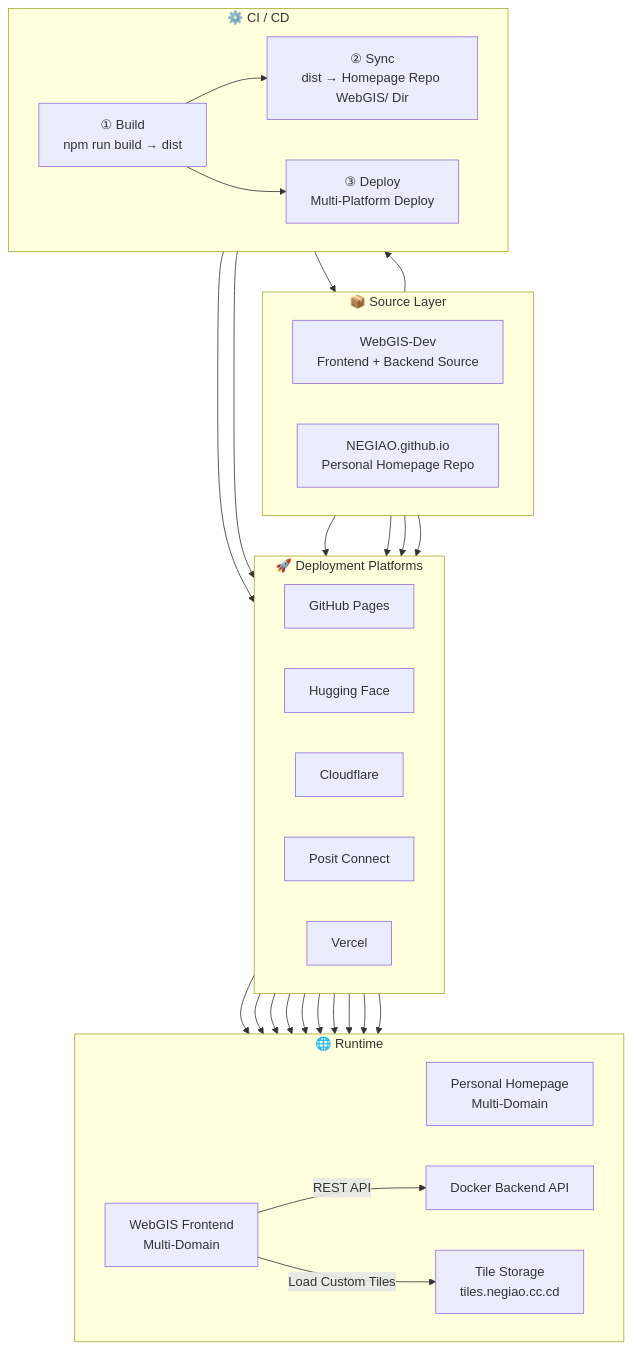
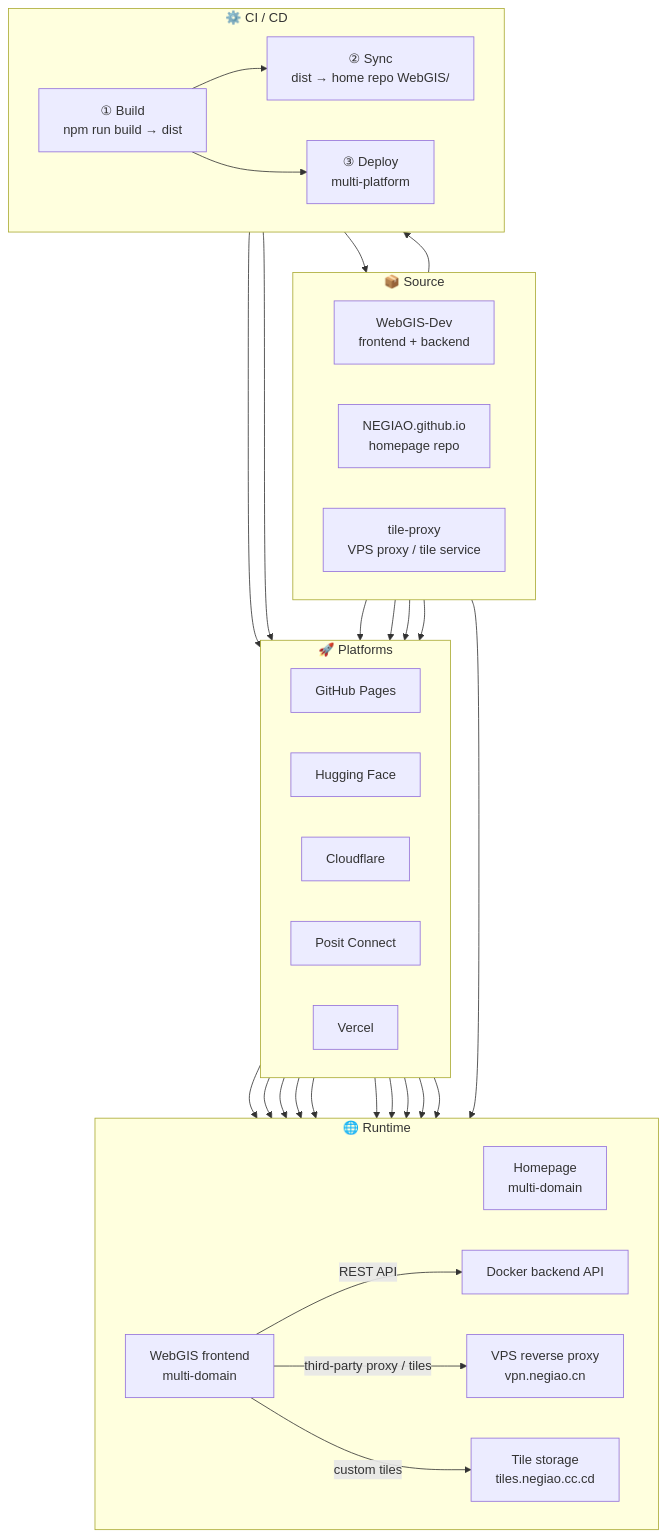
Before and after one commit to NEGIAO/WebGIS-Dev: the diagram in Docs/README_EN.md, drawn with Mermaid. The commit also changed other lines of this file and 3 other files, not shown here.

````diff
--- a/Docs/README_EN.md
+++ b/Docs/README_EN.md
@@ -217,66 +328,72 @@
 ```mermaid
 flowchart TB
-    subgraph SRC["📦 Source Layer"]
+    subgraph SRC["📦 Source"]
         direction LR
         REPO_DEV["WebGIS-Dev
-Frontend + Backend Source"]
+frontend + backend"]
         REPO_HOME["NEGIAO.github.io
-Personal Homepage Repo"]
+homepage repo"]
+        REPO_PROXY["tile-proxy
+VPS proxy / tile service"]
     end
 
     subgraph CI["⚙️ CI / CD"]
         direction LR
         JOB_BUILD["① Build
 npm run build → dist"]
         JOB_SYNC["② Sync
-dist → Homepage Repo WebGIS/ Dir"]
+dist → home repo WebGIS/"]
         JOB_DEPLOY["③ Deploy
-Multi-Platform Deploy"]
+multi-platform"]
     end
 
-    subgraph DPL["🚀 Deployment Platforms"]
+    subgraph DPL["🚀 Platforms"]
         direction LR
         P_GH["GitHub Pages"]
         P_HF["Hugging Face"]
         P_CF["Cloudflare"]
         P_PC["Posit Connect"]
         P_VC["Vercel"]
     end
 
     subgraph RT["🌐 Runtime"]
         direction LR
-        FE_HOME["Personal Homepage
-Multi-Domain"]
-        FE_WEBGIS["WebGIS Frontend
-Multi-Domain"]
-        BE["Docker Backend API"]
-        R2["Tile Storage
+        FE_HOME["Homepage
+multi-domain"]
+        FE_WEBGIS["WebGIS frontend
+multi-domain"]
+        BE["Docker backend API"]
+        PR["VPS reverse proxy
+vpn.negiao.cn"]
+        R2["Tile storage
 tiles.negiao.cc.cd"]
     end
 
     REPO_DEV --> JOB_BUILD
+    REPO_PROXY --> PR
     JOB_BUILD --> JOB_SYNC
     JOB_SYNC --> REPO_HOME
     JOB_BUILD --> JOB_DEPLOY
 
     JOB_DEPLOY --> P_GH
     JOB_DEPLOY --> P_HF
     REPO_HOME --> P_GH
     REPO_HOME --> P_CF
     REPO_HOME --> P_PC
     REPO_HOME --> P_VC
 
     P_GH --> FE_HOME
     P_GH --> FE_WEBGIS
     P_HF --> FE_WEBGIS
     P_CF --> FE_HOME
     P_CF --> FE_WEBGIS
     P_PC --> FE_HOME
     P_PC --> FE_WEBGIS
     P_VC --> FE_HOME
     P_VC --> FE_WEBGIS
     P_HF --> BE
 
     FE_WEBGIS -->|"REST API"| BE
-    FE_WEBGIS -->|"Load Custom Tiles"| R2
+    FE_WEBGIS -->|"third-party proxy / tiles"| PR
+    FE_WEBGIS -->|"custom tiles"| R2
 ```
````
